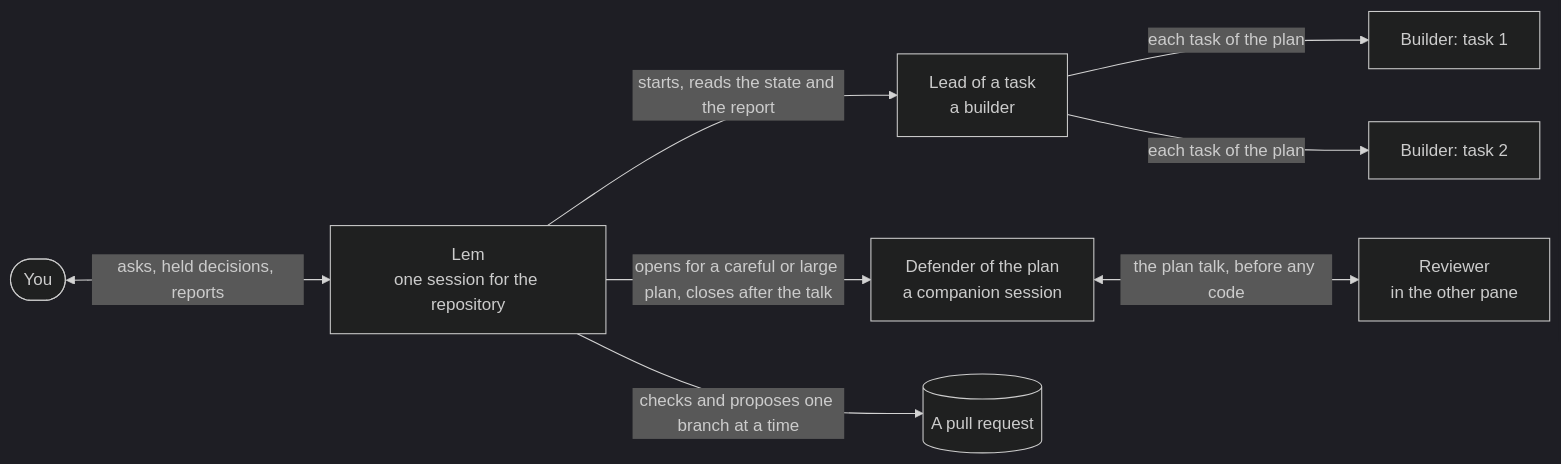
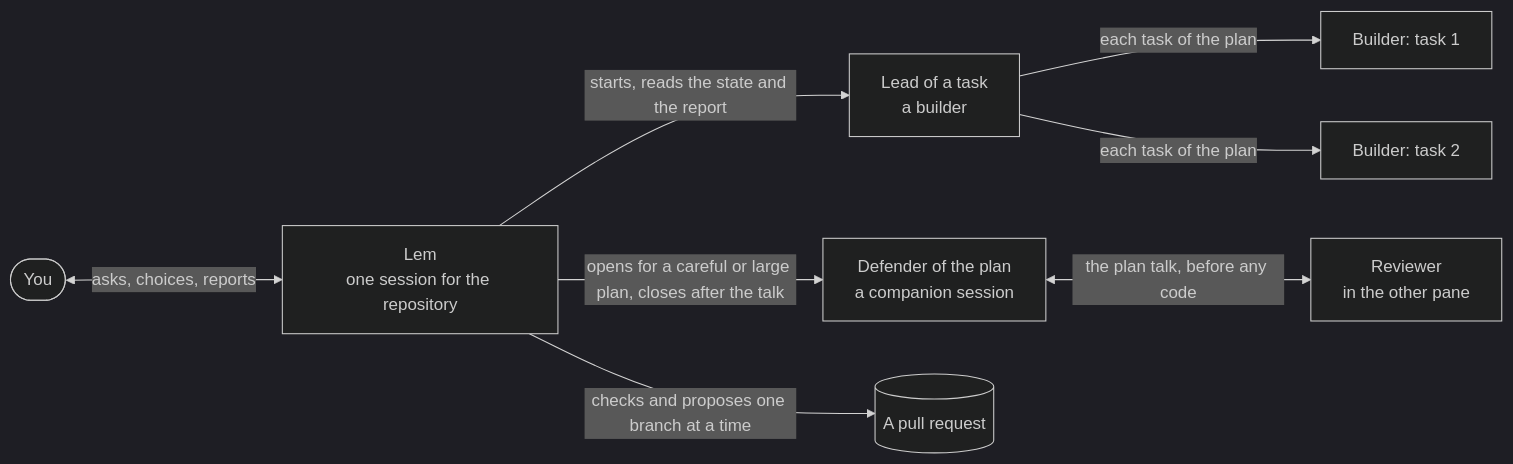
Before and after one commit to pySilver/lem: the third of 4 diagrams in README.md, drawn with Mermaid (dark theme). The commit also changed other lines of this file and 16 other files, not shown here.

````diff
--- a/README.md
+++ b/README.md
@@ -405,10 +408,10 @@
 ```mermaid
 flowchart LR
-    you([You]) <-- asks, held decisions, reports --> lem[Lem<br/>one session for the repository]
+    you([You]) <-- asks, choices, reports --> lem[Lem<br/>one session for the repository]
     lem -- starts, reads the state and the report --> leadA[Lead of a task<br/>a builder]
     lem -- opens for a careful or large plan, closes after the talk --> leadB[Defender of the plan<br/>a companion session]
     leadB <-- the plan talk, before any code --> rev[Reviewer<br/>in the other pane]
     leadA -- each task of the plan --> b1[Builder: task 1]
     leadA -- each task of the plan --> b2[Builder: task 2]
     lem -- checks and proposes one branch at a time --> pr[(A pull request)]
 ```
````
